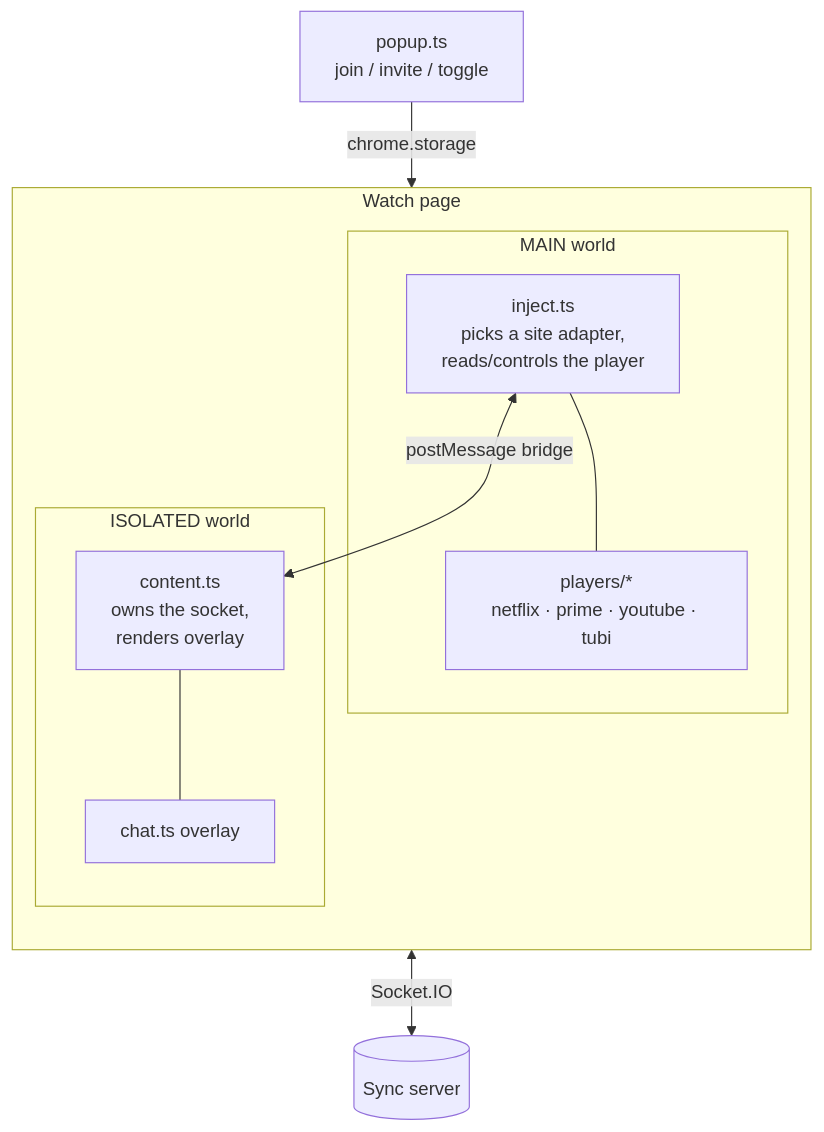
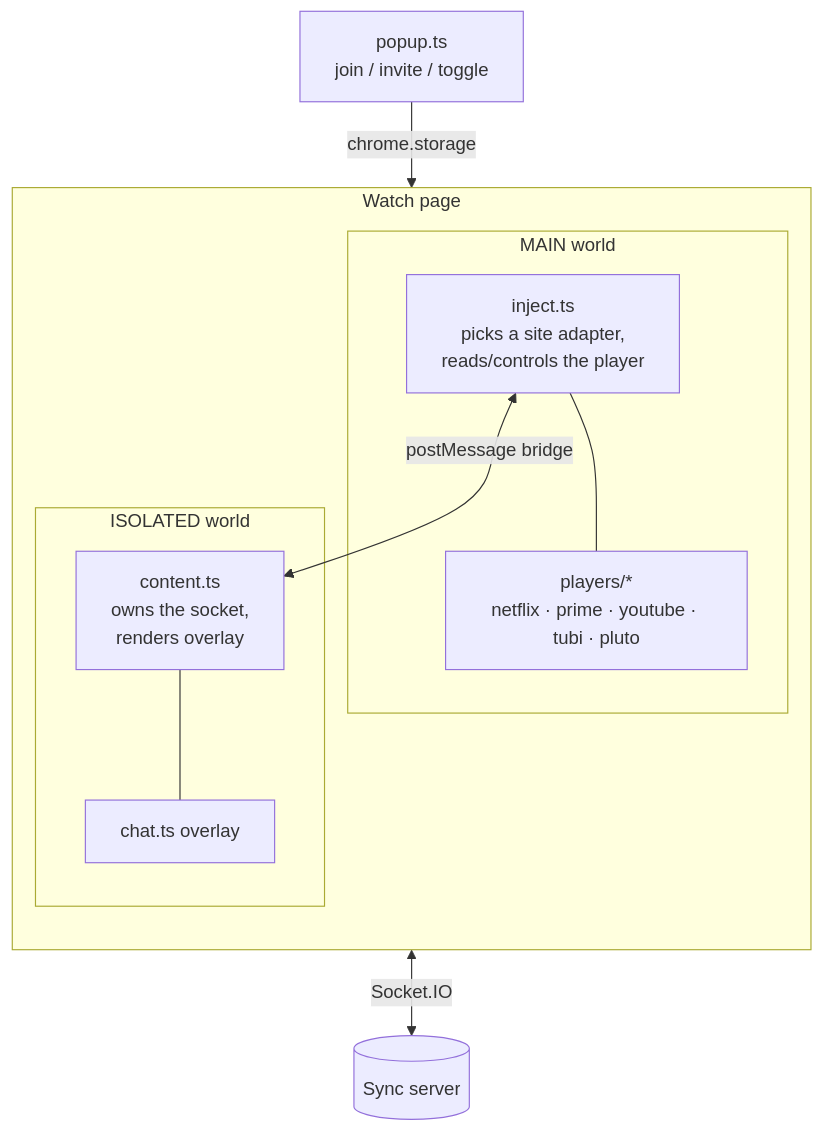
One commit to nkc-137/watchparty changed the third of 3 diagrams in README.md. Above: the diagram before and after it, drawn with Mermaid. The commit also changed other lines of this file and 5 other files, not shown here.

````diff
--- a/README.md
+++ b/README.md
@@ -207,19 +207,19 @@
 ```mermaid
 flowchart TB
     subgraph page["Watch page"]
         direction TB
         subgraph main["MAIN world"]
             inject["inject.ts<br/>picks a site adapter,<br/>reads/controls the player"]
-            adapters["players/*<br/>netflix · prime · youtube · tubi"]
+            adapters["players/*<br/>netflix · prime · youtube · tubi · pluto"]
             inject --- adapters
         end
         subgraph iso["ISOLATED world"]
             content["content.ts<br/>owns the socket,<br/>renders overlay"]
             chat["chat.ts overlay"]
             content --- chat
         end
         inject <-->|postMessage bridge| content
     end
     popup["popup.ts<br/>join / invite / toggle"] -->|chrome.storage| content
     content <-->|Socket.IO| server[("Sync server")]
 ```
````
